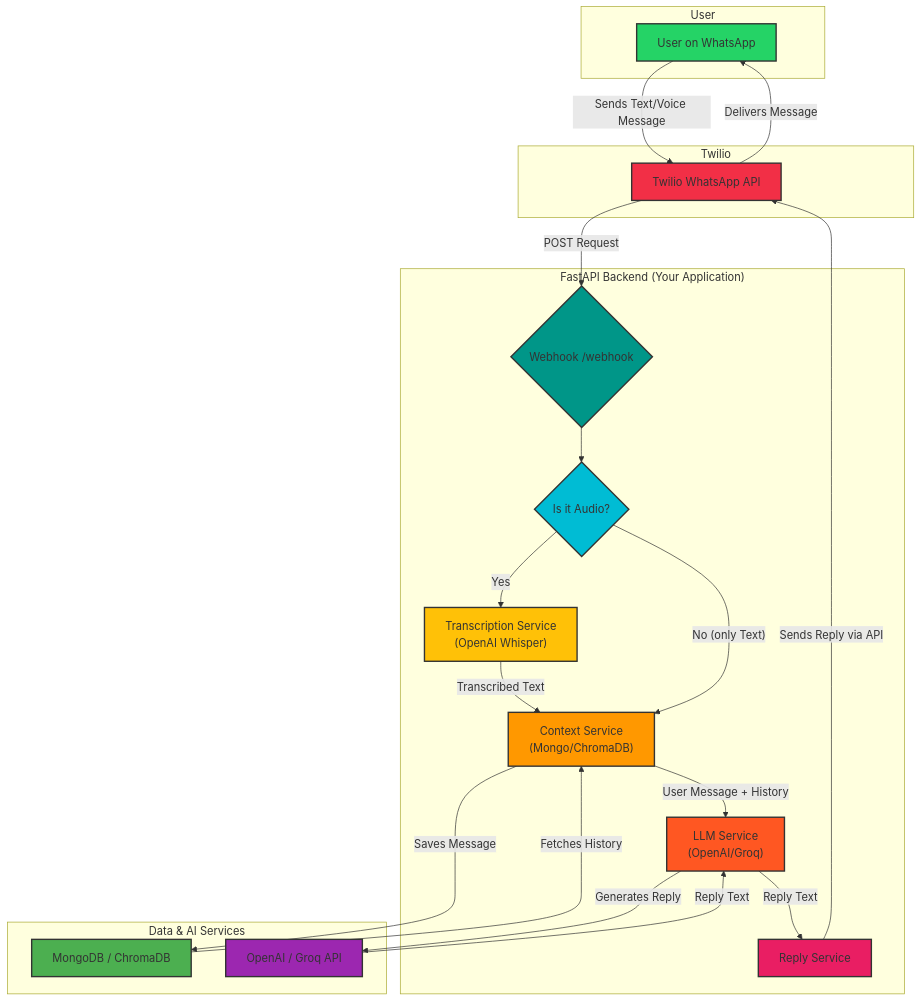
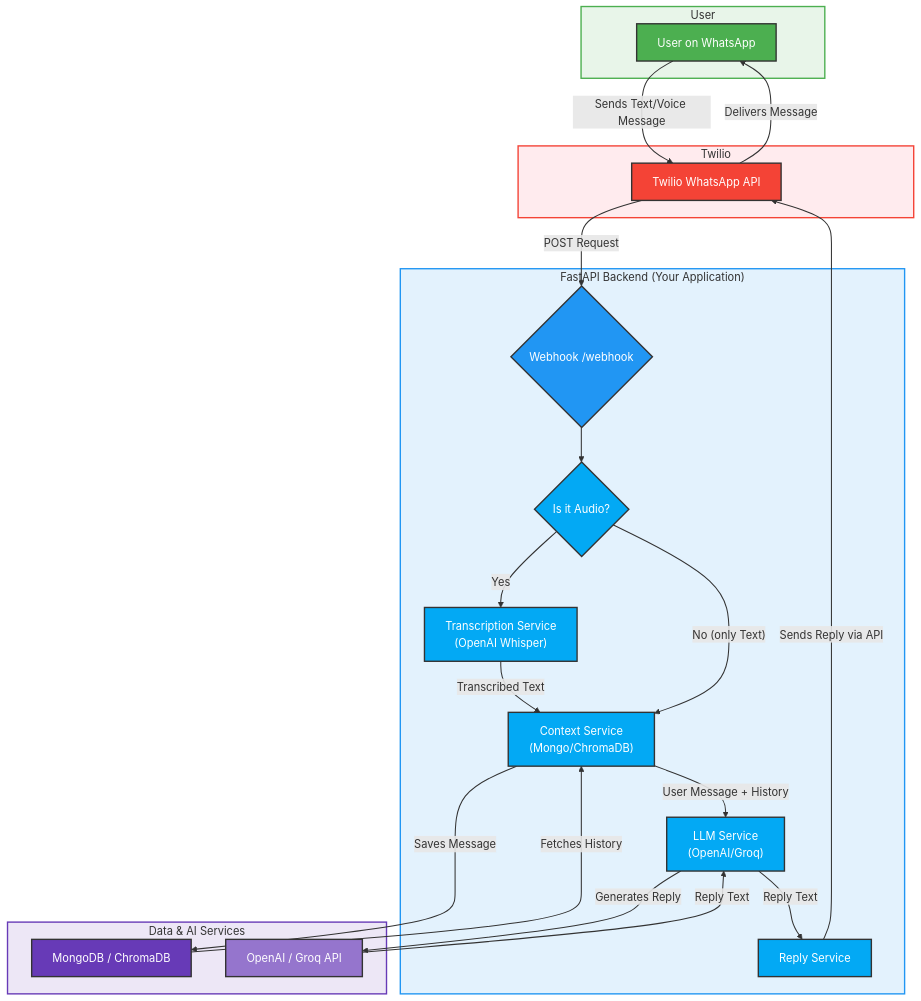
Before and after one commit to siddhant-dutta/whatsapp-llm-bot: the diagram in README.md, drawn with Mermaid. The commit also changed other lines of this file, not shown here.

````diff
--- a/README.md
+++ b/README.md
@@ -23,50 +23,63 @@
 ```mermaid
 graph TD
-    subgraph User
+    subgraph user_sub [User]
         A[User on WhatsApp]
     end
 
-    subgraph Twilio
+    subgraph twilio_sub [Twilio]
         B[Twilio WhatsApp API]
     end
 
-    subgraph "FastAPI Backend (Your Application)"
+    subgraph backend_sub ["FastAPI Backend (Your Application)"]
         C{Webhook /webhook}
         D{Is it Audio?}
         E["Transcription Service <br> (OpenAI Whisper)"]
         F["Context Service <br> (Mongo/ChromaDB)"]
         G["LLM Service <br> (OpenAI/Groq)"]
         H[Reply Service]
     end
 
-    subgraph "Data & AI Services"
+    subgraph data_sub ["Data & AI Services"]
         I[MongoDB / ChromaDB]
         J[OpenAI / Groq API]
     end
 
     A -- "Sends Text/Voice Message" --> B
     B -- "POST Request" --> C
     C --> D
     D -- "Yes" --> E
     E -- "Transcribed Text" --> F
     D -- "No (only Text)" --> F
     F -- "User Message + History" --> G
+    F --"Saves Message"--> I
     I --"Fetches History"--> F
-    F --"Saves Message"--> I
     G -- "Generates Reply" --> J
     J -- "Reply Text" --> G
     G -- "Reply Text" --> H
     H -- "Sends Reply via API" --> B
     B -- "Delivers Message" --> A
 
-    style A fill:#25D366,stroke:#333,stroke-width:2px
-    style B fill:#F22F46,stroke:#333,stroke-width:2px
-    style C fill:#009688,stroke:#333,stroke-width:2px
-    style D fill:#00BCD4,stroke:#333,stroke-width:2px
-    style E fill:#FFC107,stroke:#333,stroke-width:2px
-    style F fill:#FF9800,stroke:#333,stroke-width:2px
-    style G fill:#FF5722,stroke:#333,stroke-width:2px
-    style H fill:#E91E63,stroke:#333,stroke-width:2px
-    style I fill:#4CAF50,stroke:#333,stroke-width:2px
-    style J fill:#9C27B0,stroke:#333,stroke-width:2px
+    %% Styling
+    classDef user fill:#E8F5E9,stroke:#4CAF50,stroke-width:2px,color:#333
+    classDef twilio fill:#FFEBEE,stroke:#F44336,stroke-width:2px,color:#333
+    classDef backend fill:#E3F2FD,stroke:#2196F3,stroke-width:2px,color:#333
+    classDef data fill:#EDE7F6,stroke:#673AB7,stroke-width:2px,color:#333
+    
+    class user_sub user
+    class twilio_sub twilio
+    class backend_sub backend
+    class data_sub data
+
+    style A fill:#4CAF50,stroke:#333,stroke-width:2px,color:#fff
+    style B fill:#F44336,stroke:#333,stroke-width:2px,color:#fff
+    style C fill:#2196F3,stroke:#333,stroke-width:2px,color:#fff
+    style D fill:#03A9F4,stroke:#333,stroke-width:2px,color:#fff
+    style E fill:#03A9F4,stroke:#333,stroke-width:2px,color:#fff
+    style F fill:#03A9F4,stroke:#333,stroke-width:2px,color:#fff
+    style G fill:#03A9F4,stroke:#333,stroke-width:2px,color:#fff
+    style H fill:#03A9F4,stroke:#333,stroke-width:2px,color:#fff
+    style I fill:#673AB7,stroke:#333,stroke-width:2px,color:#fff
+    style J fill:#9575CD,stroke:#333,stroke-width:2px,color:#fff
+
+    linkStyle default stroke:#333,stroke-width:1.5px,fill:none
 ```
````
